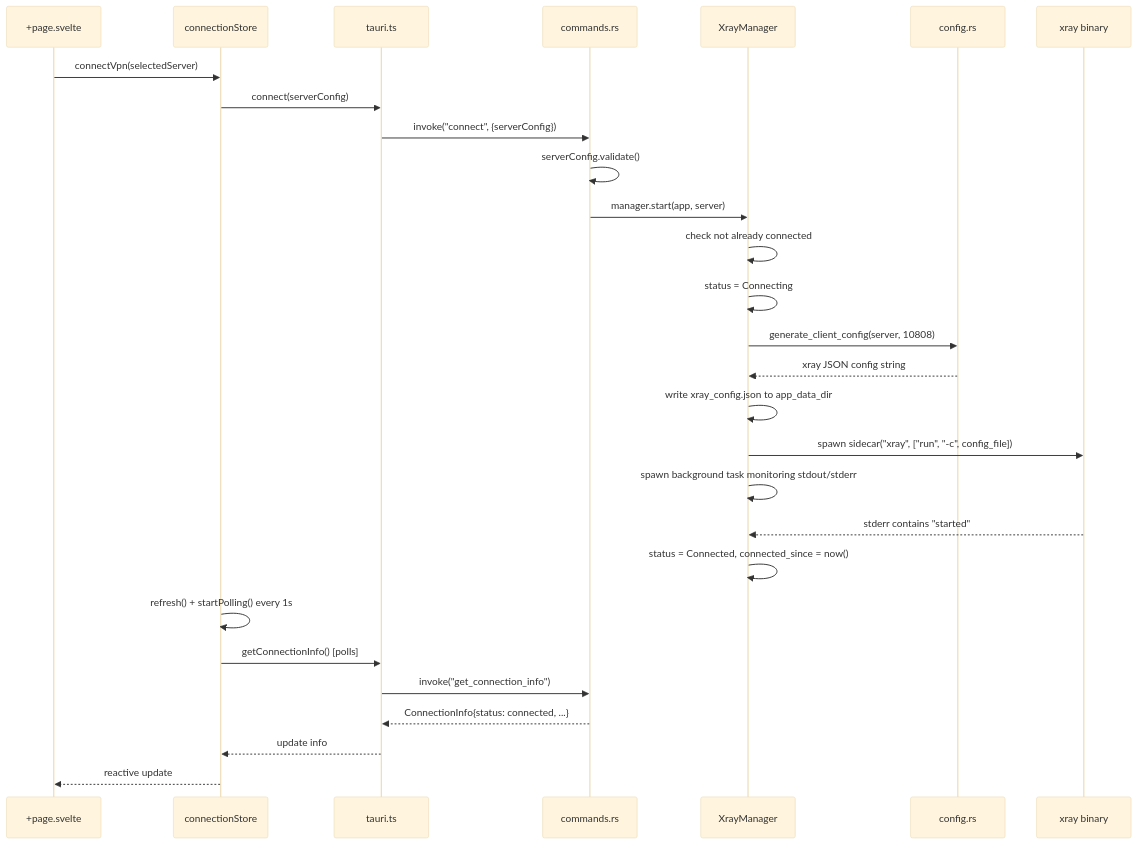
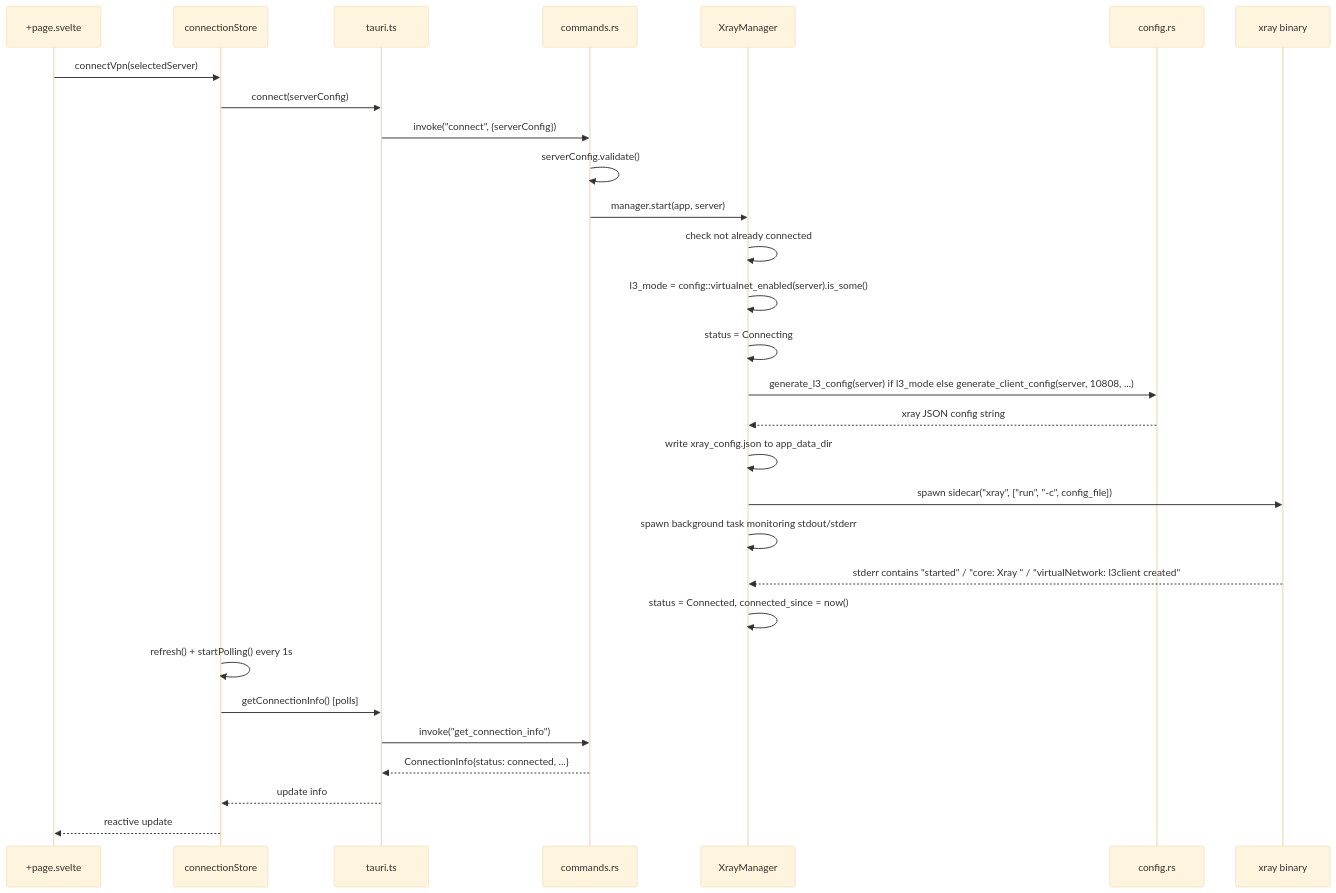
The second of 3 diagrams in docs/ARCHITECTURE.md (sevaktigranyan305-netizen/v2rayV), drawn with Mermaid (base theme) before and after one commit. The commit also changed other lines of this file and 4 other files, not shown here.

````diff
--- a/docs/ARCHITECTURE.md
+++ b/docs/ARCHITECTURE.md
@@ -124,31 +138,32 @@
 ```mermaid
 sequenceDiagram
     participant UI as +page.svelte
     participant CS as connectionStore
     participant API as tauri.ts
     participant Rust as commands.rs
     participant XM as XrayManager
     participant CFG as config.rs
     participant XRAY as xray binary
 
     UI->>CS: connectVpn(selectedServer)
     CS->>API: connect(serverConfig)
     API->>Rust: invoke("connect", {serverConfig})
     Rust->>Rust: serverConfig.validate()
     Rust->>XM: manager.start(app, server)
     XM->>XM: check not already connected
+    XM->>XM: l3_mode = config::virtualnet_enabled(server).is_some()
     XM->>XM: status = Connecting
-    XM->>CFG: generate_client_config(server, 10808)
+    XM->>CFG: generate_l3_config(server) if l3_mode else generate_client_config(server, 10808, ...)
     CFG-->>XM: xray JSON config string
     XM->>XM: write xray_config.json to app_data_dir
     XM->>XRAY: spawn sidecar("xray", ["run", "-c", config_file])
     XM->>XM: spawn background task monitoring stdout/stderr
-    XRAY-->>XM: stderr contains "started"
+    XRAY-->>XM: stderr contains "started" / "core: Xray " / "virtualNetwork: l3client created"
     XM->>XM: status = Connected, connected_since = now()
     CS->>CS: refresh() + startPolling() every 1s
     CS->>API: getConnectionInfo() [polls]
     API->>Rust: invoke("get_connection_info")
     Rust-->>API: ConnectionInfo{status: connected, ...}
     API-->>CS: update info
     CS-->>UI: reactive update
 ```
````
